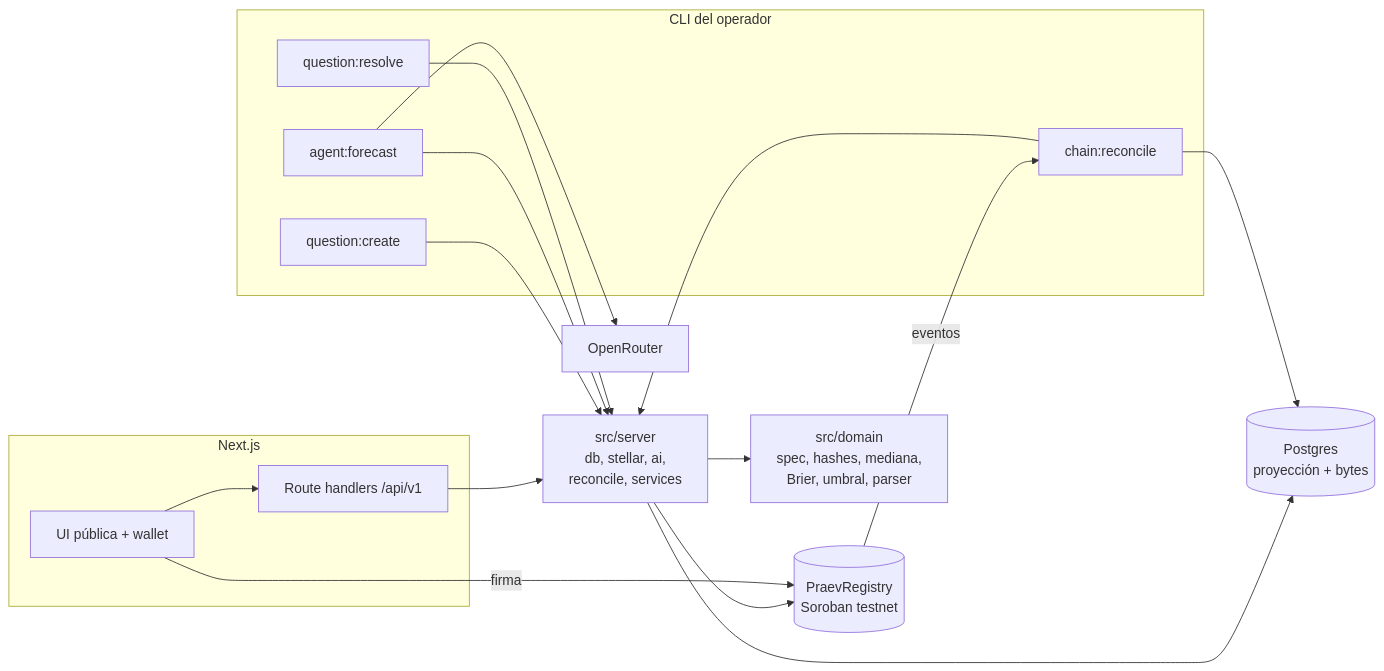
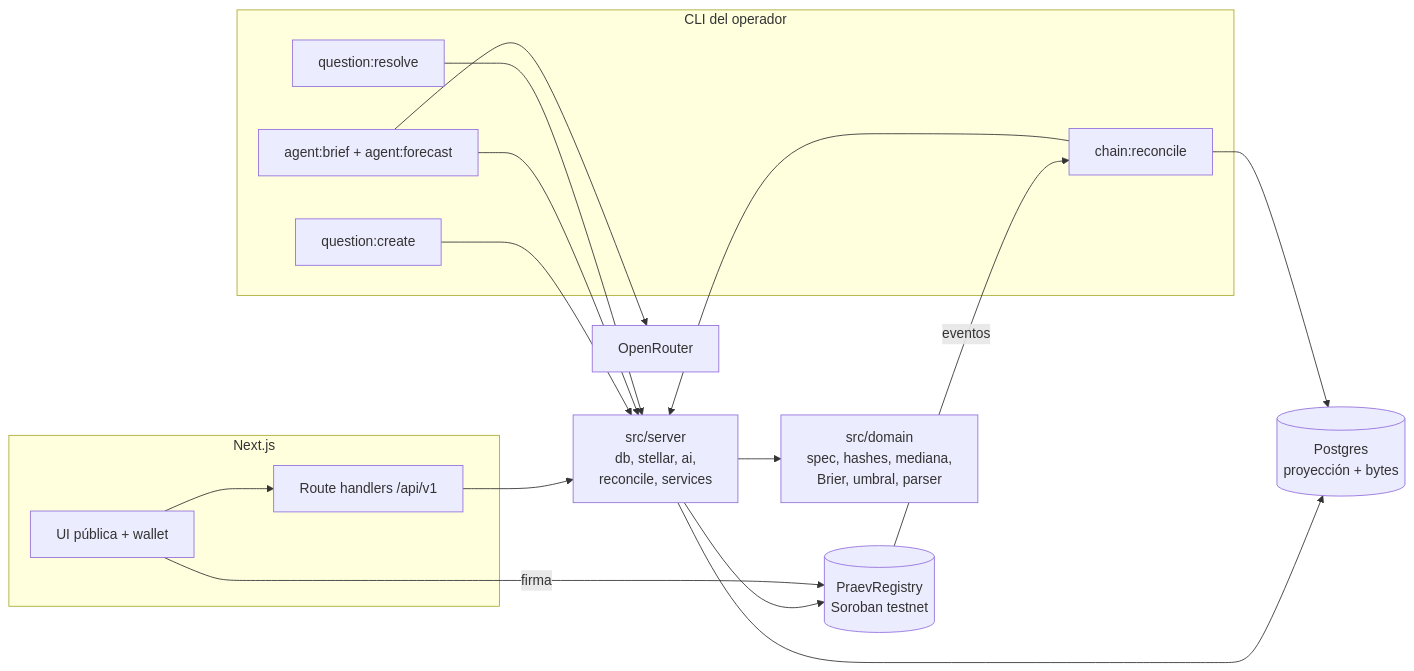
One commit to devmondoss/praev changed the diagram in docs/09-execution/07-product-backlog.md. Above: the diagram before and after it, drawn with Mermaid. The commit also changed other lines of this file and 40 other files, not shown here.

````diff
--- a/docs/09-execution/07-product-backlog.md
+++ b/docs/09-execution/07-product-backlog.md
@@ -11,25 +13,25 @@
 ```mermaid
 flowchart LR
   subgraph Operador[CLI del operador]
     C1[question:create]
-    C2[agent:forecast]
+    C2[agent:brief + agent:forecast]
     C3[question:resolve]
     C4[chain:reconcile]
   end
   subgraph Web[Next.js]
     UI[UI pública + wallet]
     API[Route handlers /api/v1]
   end
   D[src/domain<br/>spec, hashes, mediana,<br/>Brier, umbral, parser]
   S[src/server<br/>db, stellar, ai,<br/>reconcile, services]
   K[(PraevRegistry<br/>Soroban testnet)]
   P[(Postgres<br/>proyección + bytes)]
   L[OpenRouter]
   UI --> API --> S --> D
   C1 & C2 & C3 & C4 --> S
   S --> P
   S --> K
   UI -- firma --> K
   C2 --> L
   K -- eventos --> C4 --> P
 ```
````
